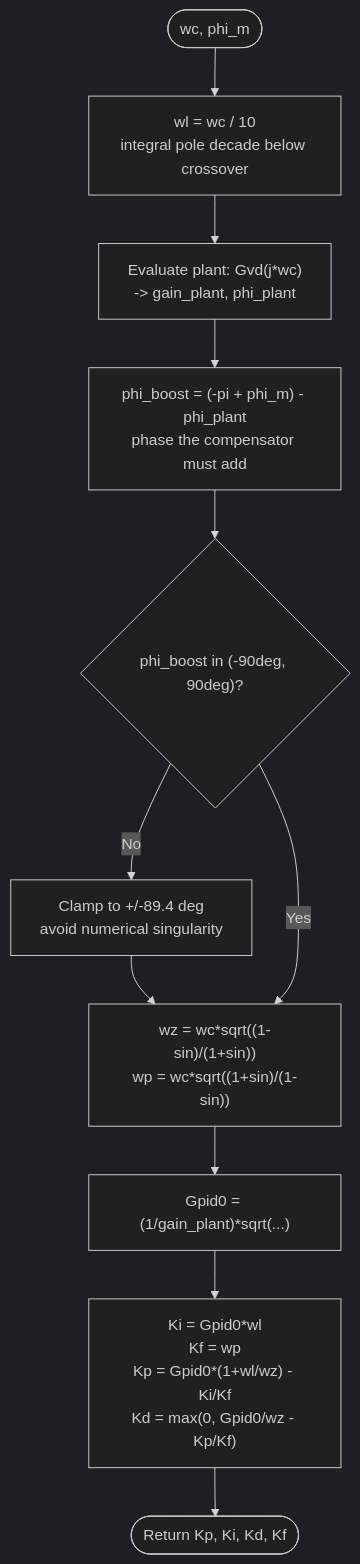
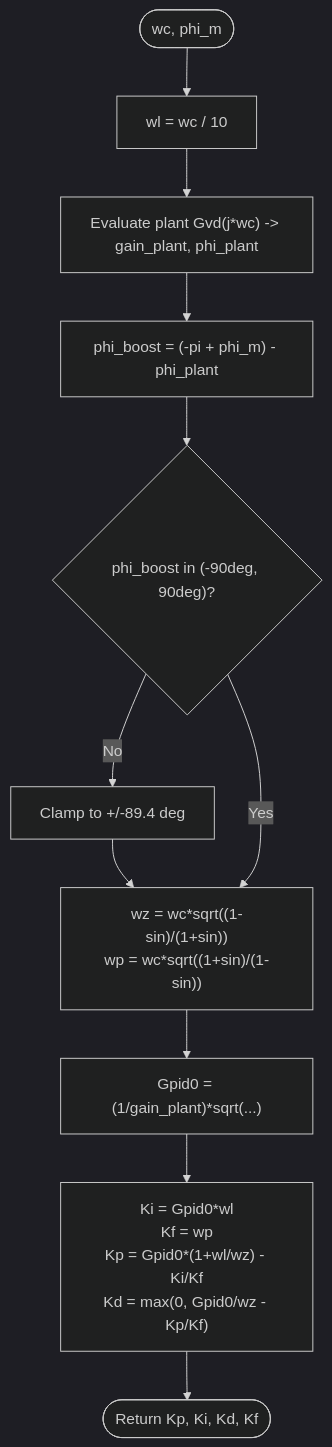
One commit to mianliao2000/plecs-pid-autotuner changed the second of 4 diagrams in README.md. Above: the diagram before and after it, drawn with Mermaid (dark theme). The commit also changed other lines of this file and 4 other files, not shown here.

````diff
--- a/README.md
+++ b/README.md
@@ -205,13 +229,13 @@
 ```mermaid
 flowchart TD
-    A([wc, phi_m]) --> B["wl = wc / 10\nintegral pole decade below crossover"]
-    B --> C["Evaluate plant: Gvd(j*wc)\n-> gain_plant, phi_plant"]
-    C --> D["phi_boost = (-pi + phi_m) - phi_plant\nphase the compensator must add"]
+    A([wc, phi_m]) --> B["wl = wc / 10"]
+    B --> C["Evaluate plant Gvd(j*wc) -> gain_plant, phi_plant"]
+    C --> D["phi_boost = (-pi + phi_m) - phi_plant"]
     D --> E{"phi_boost in (-90deg, 90deg)?"}
-    E -- No --> F["Clamp to +/-89.4 deg\navoid numerical singularity"]
+    E -- No --> F["Clamp to +/-89.4 deg"]
     F --> G
     E -- Yes --> G["wz = wc*sqrt((1-sin)/(1+sin))\nwp = wc*sqrt((1+sin)/(1-sin))"]
     G --> H["Gpid0 = (1/gain_plant)*sqrt(...)"]
     H --> I["Ki = Gpid0*wl\nKf = wp\nKp = Gpid0*(1+wl/wz) - Ki/Kf\nKd = max(0, Gpid0/wz - Kp/Kf)"]
     I --> J([Return Kp, Ki, Kd, Kf])
 ```
````
